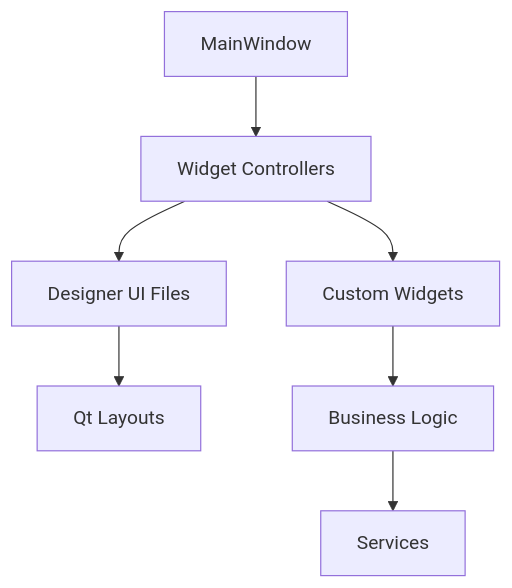
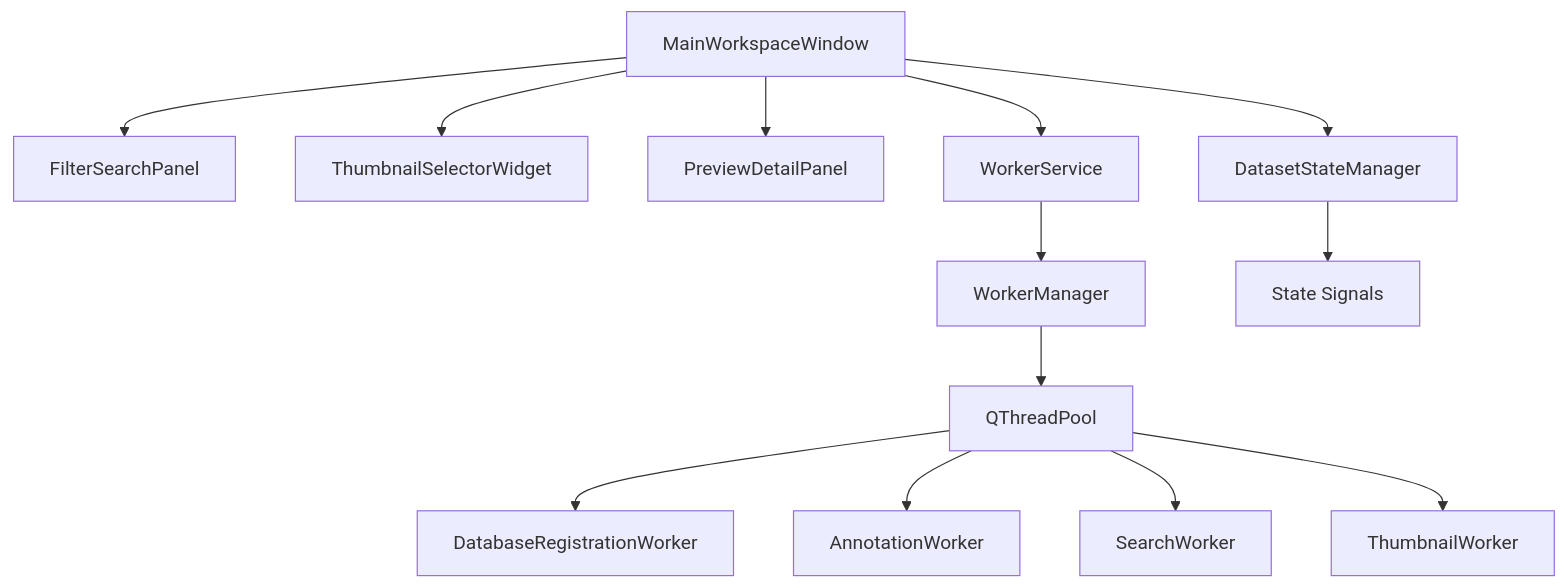
The fourth of 15 diagrams in docs/architecture.md (NEXTAltair/LoRAIro), drawn with Mermaid before and after one commit. The commit also changed other lines of this file and 18 other files, not shown here.

````diff
--- a/docs/architecture.md
+++ b/docs/architecture.md
@@ -192,9 +206,15 @@
 ```mermaid
 graph TD
-    A[MainWindow] --> B[Widget Controllers]
-    B --> C[Designer UI Files]
-    B --> D[Custom Widgets]
-    C --> E[Qt Layouts]
-    D --> F[Business Logic]
-    F --> G[Services]
+    A[MainWorkspaceWindow] --> B[FilterSearchPanel]
+    A --> C[ThumbnailSelectorWidget]
+    A --> D[PreviewDetailPanel]
+    A --> E[WorkerService]
+    E --> F[WorkerManager]
+    F --> G[QThreadPool]
+    G --> H[DatabaseRegistrationWorker]
+    G --> I[AnnotationWorker]
+    G --> J[SearchWorker]
+    G --> K[ThumbnailWorker]
+    A --> L[DatasetStateManager]
+    L --> M[State Signals]
 ```
````
